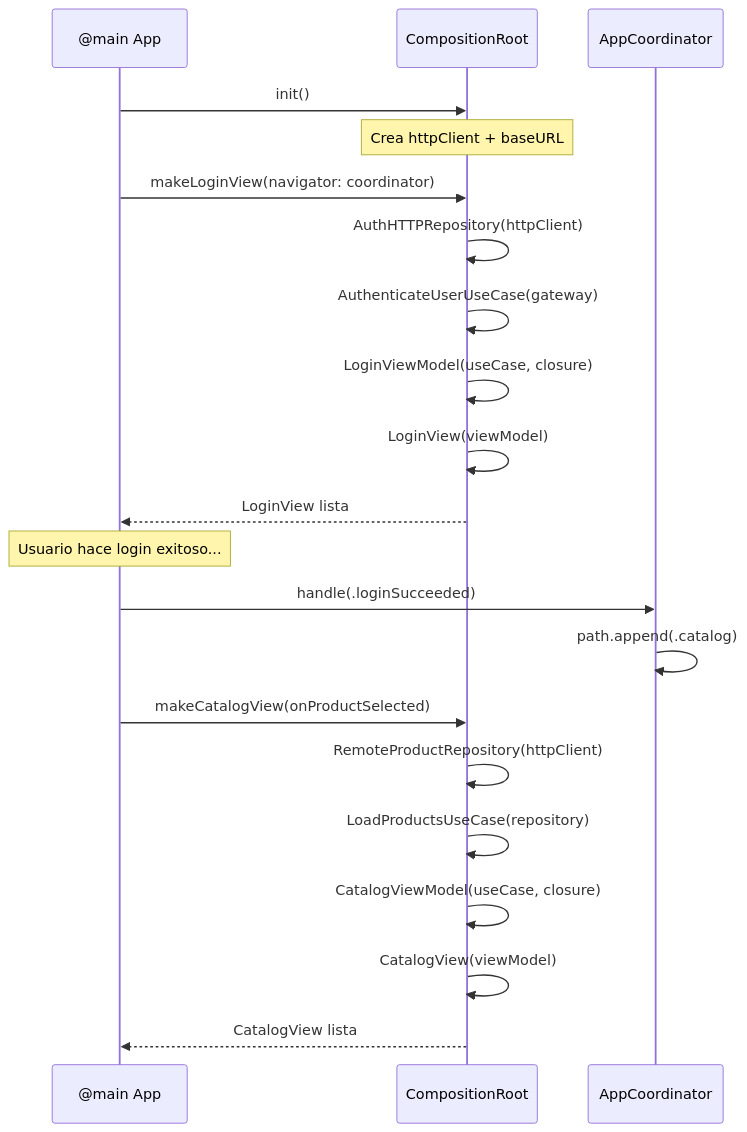
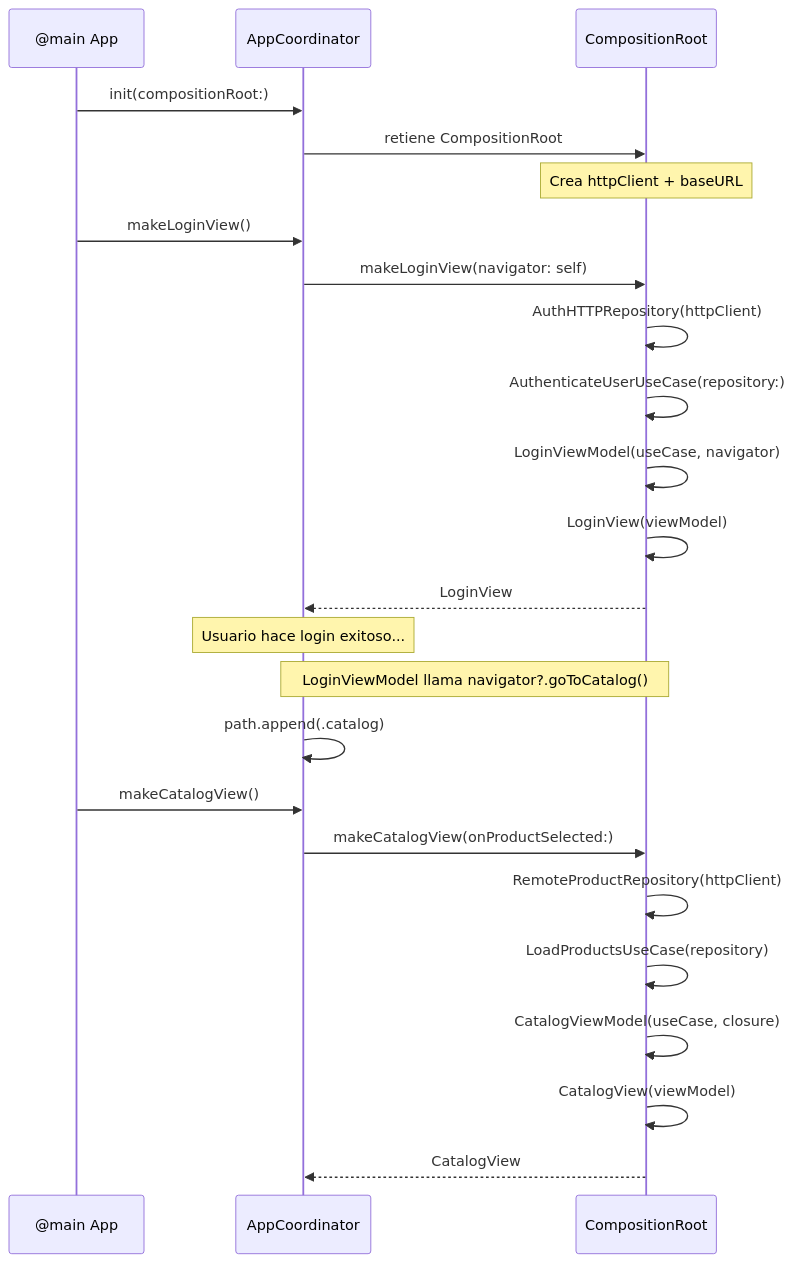
Before and after one commit to SwiftEnProfundidad/stack-my-architecture-ios: the second of 2 diagrams in 02-integracion/06-composition-root.md, drawn with Mermaid. The commit also changed other lines of this file and 7 other files, not shown here.

````diff
--- a/02-integracion/06-composition-root.md
+++ b/02-integracion/06-composition-root.md
@@ -281,28 +283,31 @@
 ```mermaid
 sequenceDiagram
     participant APP as @main App
+    participant COORD as AppCoordinator
     participant CR as CompositionRoot
-    participant COORD as AppCoordinator
 
-    APP->>CR: init()
+    APP->>COORD: init(compositionRoot:)
+    COORD->>CR: retiene CompositionRoot
     Note over CR: Crea httpClient + baseURL
 
-    APP->>CR: makeLoginView(navigator: coordinator)
+    APP->>COORD: makeLoginView()
+    COORD->>CR: makeLoginView(navigator: self)
     CR->>CR: AuthHTTPRepository(httpClient)
-    CR->>CR: AuthenticateUserUseCase(gateway)
-    CR->>CR: LoginViewModel(useCase, closure)
+    CR->>CR: AuthenticateUserUseCase(repository:)
+    CR->>CR: LoginViewModel(useCase, navigator)
     CR->>CR: LoginView(viewModel)
-    CR-->>APP: LoginView lista
+    CR-->>COORD: LoginView
 
-    Note over APP: Usuario hace login exitoso...
+    Note over COORD: Usuario hace login exitoso...
 
-    APP->>COORD: handle(.loginSucceeded)
+    Note over CR,COORD: LoginViewModel llama navigator?.goToCatalog()
     COORD->>COORD: path.append(.catalog)
 
-    APP->>CR: makeCatalogView(onProductSelected)
+    APP->>COORD: makeCatalogView()
+    COORD->>CR: makeCatalogView(onProductSelected:)
     CR->>CR: RemoteProductRepository(httpClient)
     CR->>CR: LoadProductsUseCase(repository)
     CR->>CR: CatalogViewModel(useCase, closure)
     CR->>CR: CatalogView(viewModel)
-    CR-->>APP: CatalogView lista
+    CR-->>COORD: CatalogView
 ```
````
